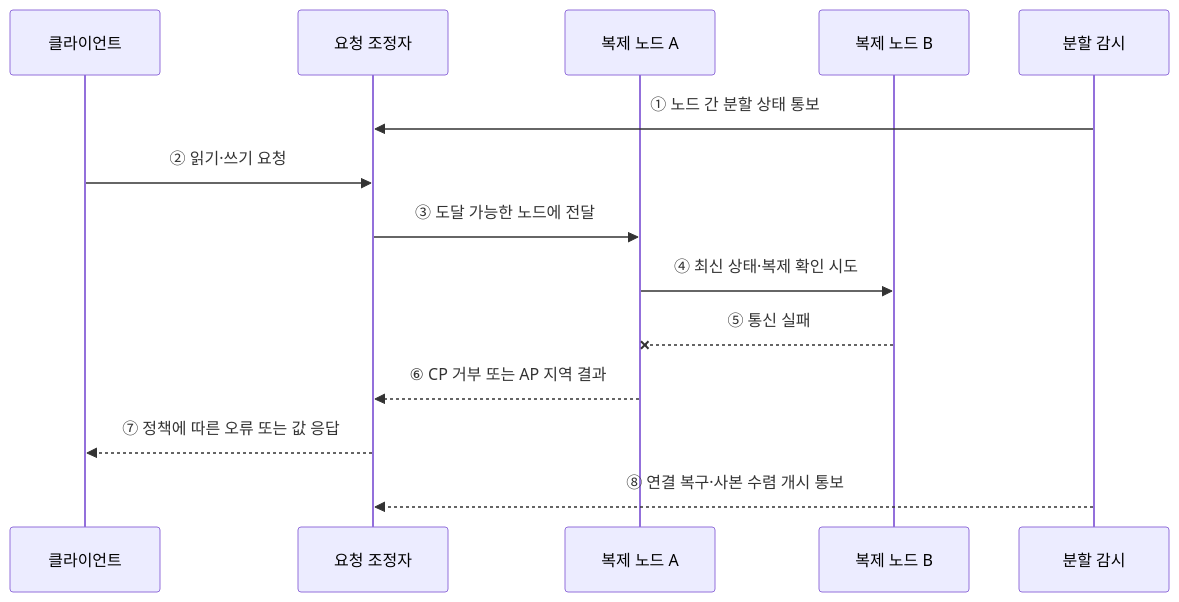
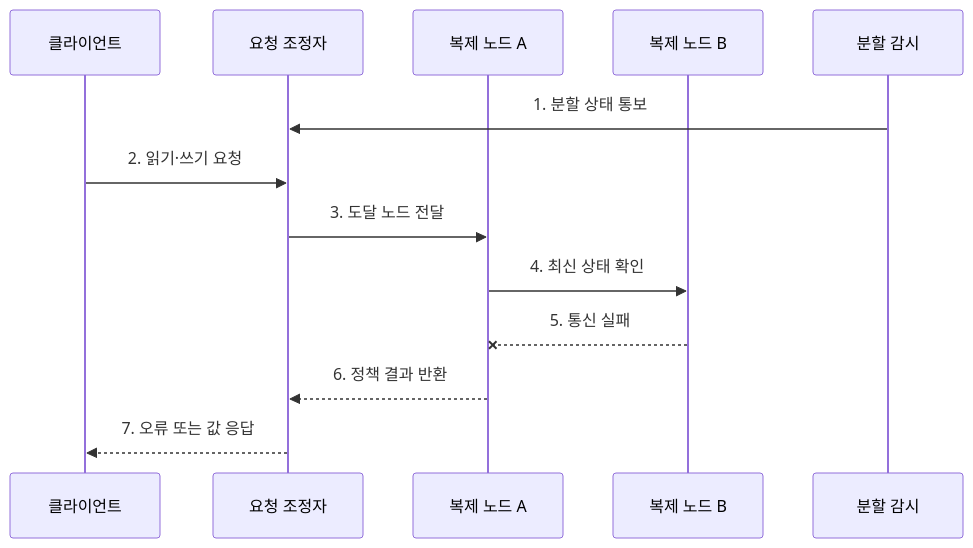
Before and after one commit to agnusdei1207/knowledge-base: the second of 2 diagrams in src/content/docs/notes/03-software/103_cap_theorem.md, drawn with Mermaid. The commit also changed other lines of this file and 20 other files, not shown here.

````diff
--- a/src/content/docs/notes/03-software/103_cap_theorem.md
+++ b/src/content/docs/notes/03-software/103_cap_theorem.md
@@ -70,16 +77,15 @@
 ```mermaid
 sequenceDiagram
     participant C as 클라이언트
     participant O as 요청 조정자
     participant A as 복제 노드 A
     participant B as 복제 노드 B
     participant M as 분할 감시
-    M->>O: ① 노드 간 분할 상태 통보
-    C->>O: ② 읽기·쓰기 요청
-    O->>A: ③ 도달 가능한 노드에 전달
-    A->>B: ④ 최신 상태·복제 확인 시도
-    B--xA: ⑤ 통신 실패
-    A-->>O: ⑥ CP 거부 또는 AP 지역 결과
-    O-->>C: ⑦ 정책에 따른 오류 또는 값 응답
-    M-->>O: ⑧ 연결 복구·사본 수렴 개시 통보
+    M->>O: 1. 분할 상태 통보
+    C->>O: 2. 읽기·쓰기 요청
+    O->>A: 3. 도달 노드 전달
+    A->>B: 4. 최신 상태 확인
+    B--xA: 5. 통신 실패
+    A-->>O: 6. 정책 결과 반환
+    O-->>C: 7. 오류 또는 값 응답
 ```
````
